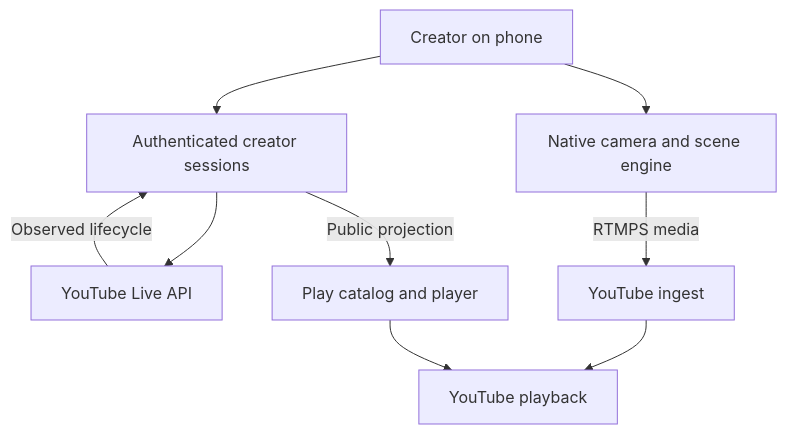
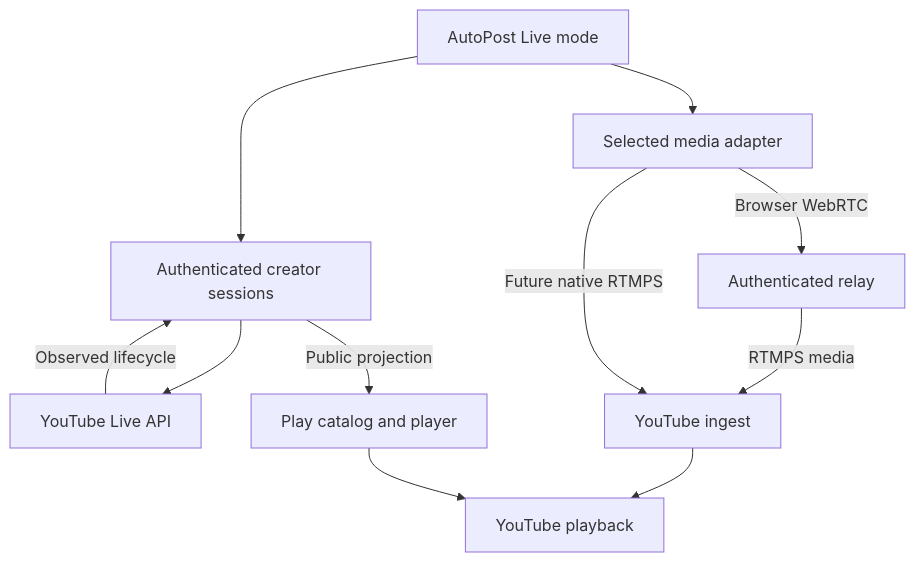
Before and after one commit to FOUNDUPS/Foundups-Agent: the diagram in modules/foundups/docs/mobile_studio/PFMALL_MOBILE_STUDIO_CONTRACT.md, drawn with Mermaid. The commit also changed other lines of this file and 10 other files, not shown here.

First line of the commit message:
docs(foundups): make AutoPost the mobile Live vehicle

````diff
--- a/modules/foundups/docs/mobile_studio/PFMALL_MOBILE_STUDIO_CONTRACT.md
+++ b/modules/foundups/docs/mobile_studio/PFMALL_MOBILE_STUDIO_CONTRACT.md
@@ -79,11 +119,13 @@
 ```mermaid
 flowchart TD
-    A[Creator on phone] --> B[Native camera and scene engine]
+    A[AutoPost Live mode] --> B[Selected media adapter]
     A --> C[Authenticated creator sessions]
     C --> D[YouTube Live API]
-    B -->|RTMPS media| E[YouTube ingest]
+    B -->|Browser WebRTC| R[Authenticated relay]
+    R -->|RTMPS media| E[YouTube ingest]
+    B -->|Future native RTMPS| E
     D -->|Observed lifecycle| C
     C -->|Public projection| F[Play catalog and player]
     E --> G[YouTube playback]
     F --> G
 ```
````
